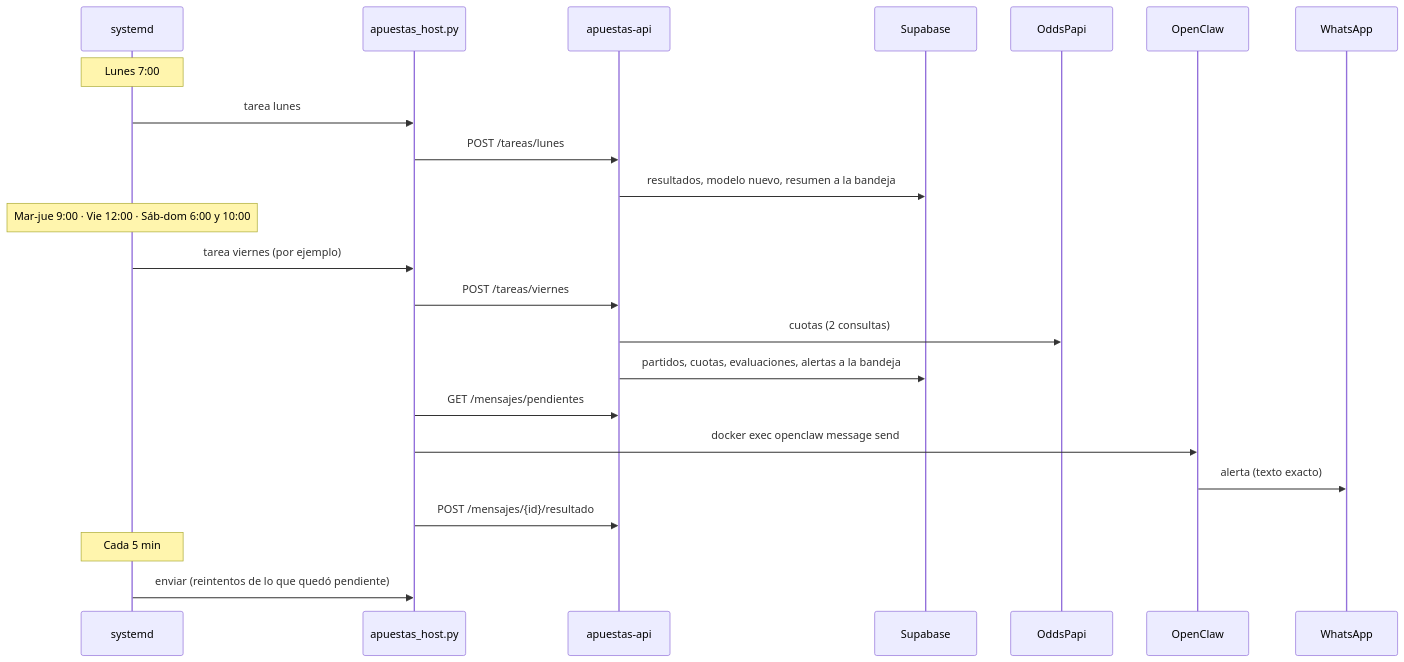
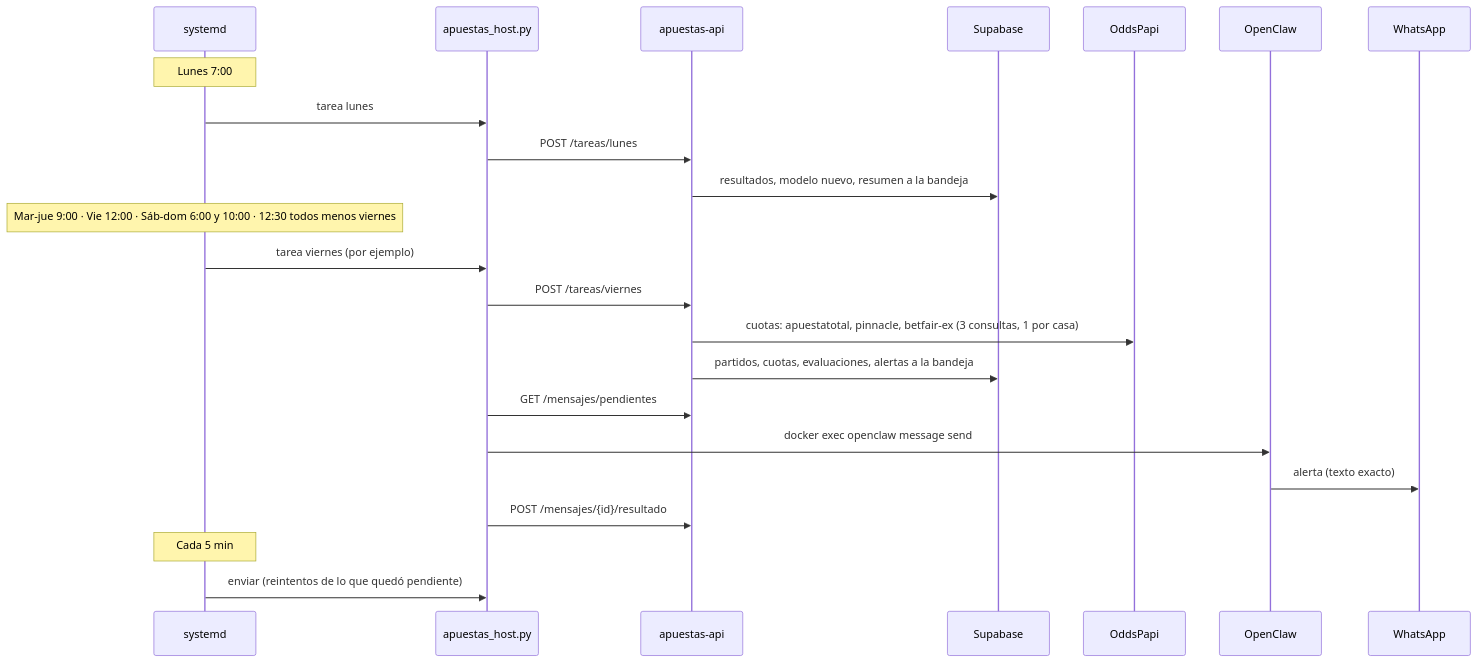
One commit to Oscar20024/apuestas-contexto changed the second of 3 diagrams in 01-arquitectura/arquitectura.md. Above: the diagram before and after it, drawn with Mermaid. The commit also changed other lines of this file and 17 other files, not shown here.

````diff
--- a/01-arquitectura/arquitectura.md
+++ b/01-arquitectura/arquitectura.md
@@ -54,28 +56,28 @@
 ```mermaid
 sequenceDiagram
     participant T as systemd
     participant H as apuestas_host.py
     participant A as apuestas-api
     participant S as Supabase
     participant O as OddsPapi
     participant C as OpenClaw
     participant W as WhatsApp
 
     Note over T: Lunes 7:00
     T->>H: tarea lunes
     H->>A: POST /tareas/lunes
     A->>S: resultados, modelo nuevo, resumen a la bandeja
 
-    Note over T: Mar-jue 9:00 · Vie 12:00 · Sáb-dom 6:00 y 10:00
+    Note over T: Mar-jue 9:00 · Vie 12:00 · Sáb-dom 6:00 y 10:00 · 12:30 todos menos viernes
     T->>H: tarea viernes (por ejemplo)
     H->>A: POST /tareas/viernes
-    A->>O: cuotas (2 consultas)
+    A->>O: cuotas: apuestatotal, pinnacle, betfair-ex (3 consultas, 1 por casa)
     A->>S: partidos, cuotas, evaluaciones, alertas a la bandeja
     H->>A: GET /mensajes/pendientes
     H->>C: docker exec openclaw message send
     C->>W: alerta (texto exacto)
     H->>A: POST /mensajes/{id}/resultado
 
     Note over T: Cada 5 min
     T->>H: enviar (reintentos de lo que quedó pendiente)
 ```
````
